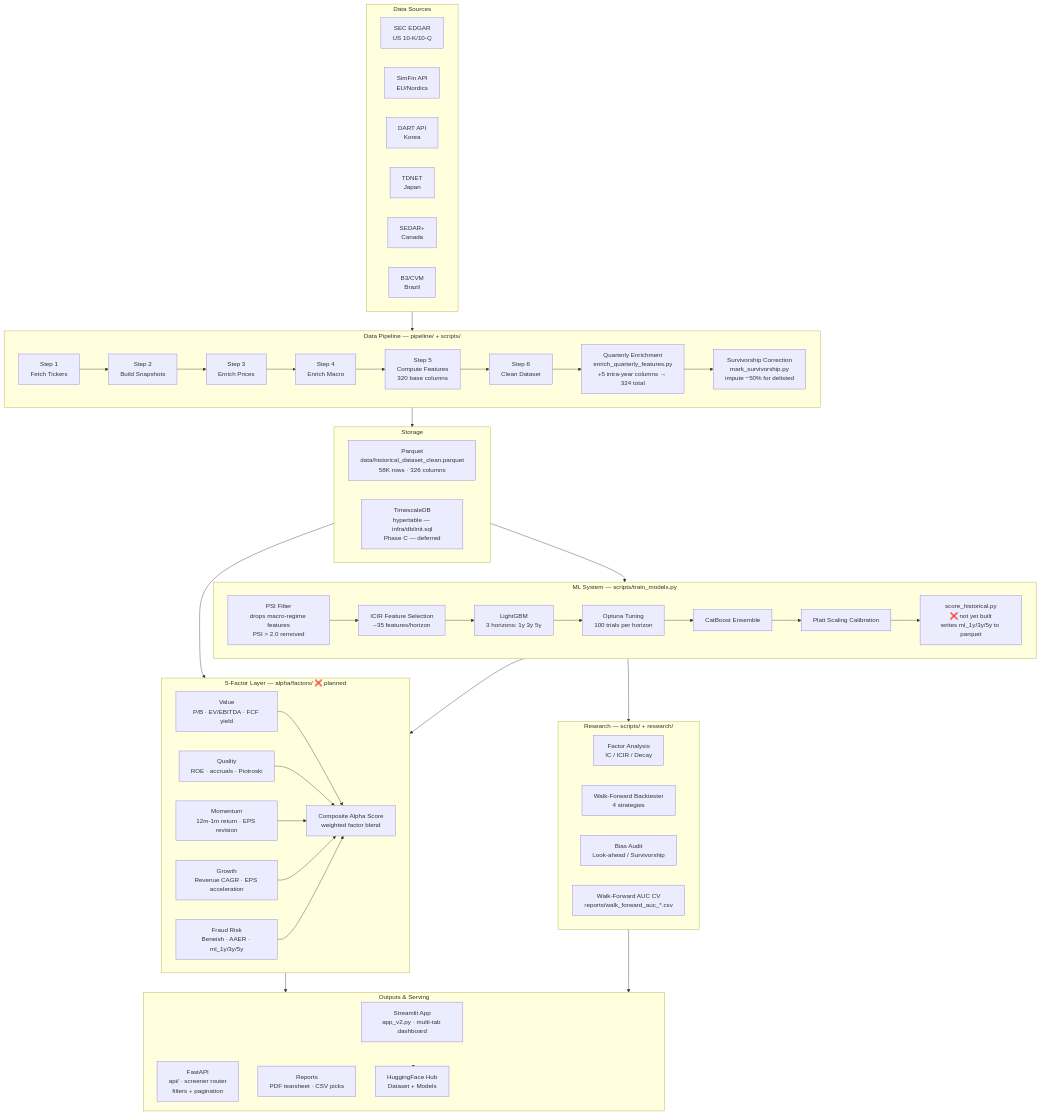
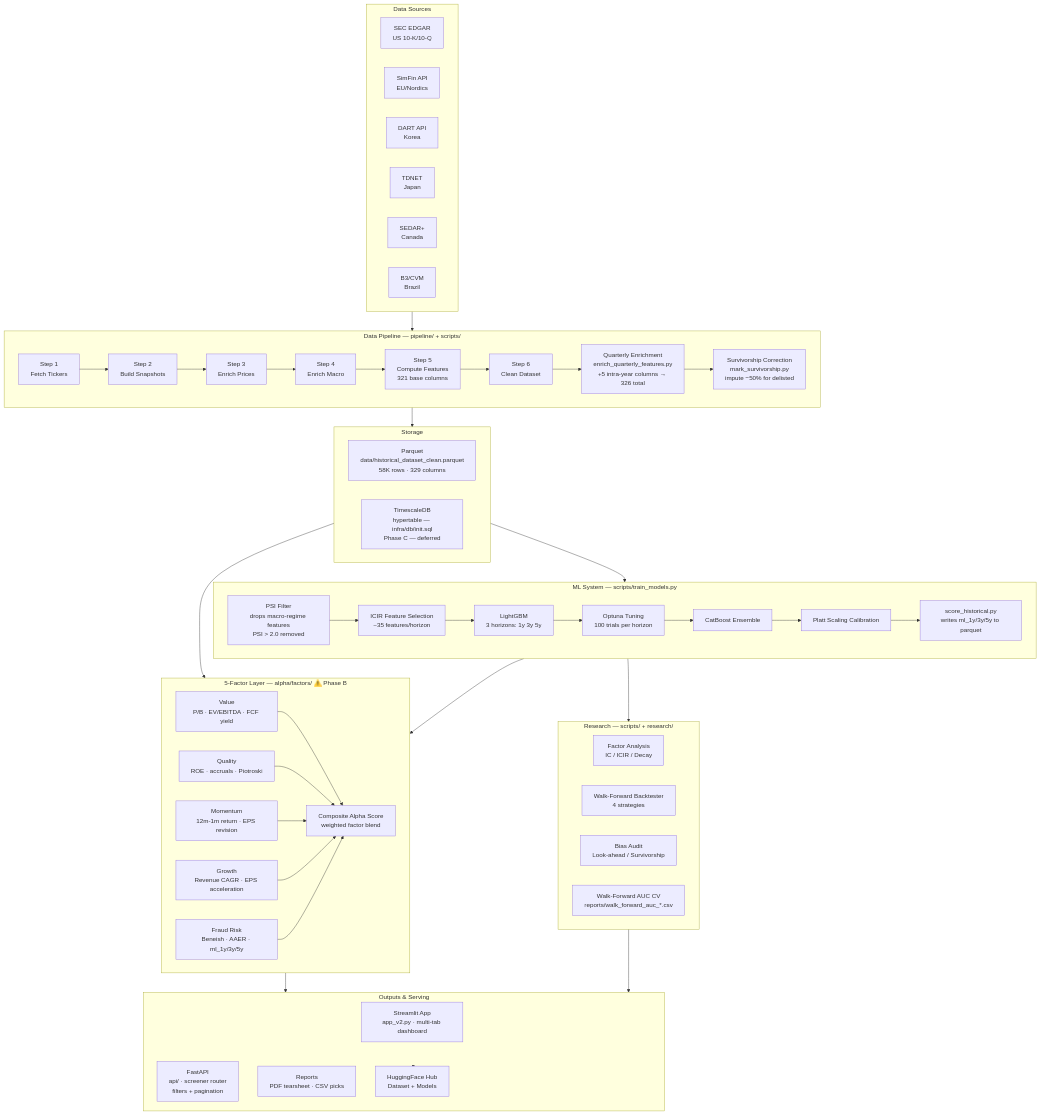
The first of 3 diagrams in docs/architecture.md (sherlock718/stock-fraud-screener), drawn with Mermaid before and after one commit. The commit also changed other lines of this file and 4 other files, not shown here.

First line of the commit message:
feat(models): build score_historical.py — write ml_1y/ml_3y/ml_5y to parquet

````diff
--- a/docs/architecture.md
+++ b/docs/architecture.md
@@ -7,73 +7,73 @@
 ```mermaid
 graph TB
     subgraph Sources["Data Sources"]
         A1[SEC EDGAR<br/>US 10-K/10-Q]
         A2[SimFin API<br/>EU/Nordics]
         A3[DART API<br/>Korea]
         A4[TDNET<br/>Japan]
         A5[SEDAR+<br/>Canada]
         A6[B3/CVM<br/>Brazil]
     end
 
     subgraph Pipeline["Data Pipeline — pipeline/ + scripts/"]
         B1[Step 1<br/>Fetch Tickers]
         B2[Step 2<br/>Build Snapshots]
         B3[Step 3<br/>Enrich Prices]
         B4[Step 4<br/>Enrich Macro]
-        B5[Step 5<br/>Compute Features<br/>320 base columns]
+        B5[Step 5<br/>Compute Features<br/>321 base columns]
         B6[Step 6<br/>Clean Dataset]
-        B7[Quarterly Enrichment<br/>enrich_quarterly_features.py<br/>+5 intra-year columns → 324 total]
+        B7[Quarterly Enrichment<br/>enrich_quarterly_features.py<br/>+5 intra-year columns → 326 total]
         B8[Survivorship Correction<br/>mark_survivorship.py<br/>impute −50% for delisted]
         B1 --> B2 --> B3 --> B4 --> B5 --> B6 --> B7 --> B8
     end
 
-    subgraph Factors["5-Factor Layer — alpha/factors/ ❌ planned"]
+    subgraph Factors["5-Factor Layer — alpha/factors/ ⚠️ Phase B"]
         F1[Value<br/>P/B · EV/EBITDA · FCF yield]
         F2[Quality<br/>ROE · accruals · Piotroski]
         F3[Momentum<br/>12m-1m return · EPS revision]
         F4[Growth<br/>Revenue CAGR · EPS acceleration]
         F5[Fraud Risk<br/>Beneish · AAER · ml_1y/3y/5y]
         FA[Composite Alpha Score<br/>weighted factor blend]
         F1 & F2 & F3 & F4 & F5 --> FA
     end
 
     subgraph ML["ML System — scripts/train_models.py"]
         C0[PSI Filter<br/>drops macro-regime features<br/>PSI > 2.0 removed]
         C1[ICIR Feature Selection<br/>~35 features/horizon]
         C2[LightGBM<br/>3 horizons: 1y 3y 5y]
         C3[Optuna Tuning<br/>100 trials per horizon]
         C4[CatBoost Ensemble]
         C5[Platt Scaling Calibration]
-        C6[score_historical.py<br/>❌ not yet built<br/>writes ml_1y/3y/5y to parquet]
+        C6[score_historical.py<br/>writes ml_1y/3y/5y to parquet]
         C0 --> C1 --> C2 --> C3 --> C4 --> C5 --> C6
     end
 
     subgraph Research["Research — scripts/ + research/"]
         D1[Factor Analysis<br/>IC / ICIR / Decay]
         D2[Walk-Forward Backtester<br/>4 strategies]
         D3[Bias Audit<br/>Look-ahead / Survivorship]
         D4[Walk-Forward AUC CV<br/>reports/walk_forward_auc_*.csv]
     end
 
     subgraph Storage["Storage"]
-        S1[Parquet<br/>data/historical_dataset_clean.parquet<br/>58K rows · 326 columns]
+        S1[Parquet<br/>data/historical_dataset_clean.parquet<br/>58K rows · 329 columns]
         S2[TimescaleDB<br/>hypertable — infra/db/init.sql<br/>Phase C — deferred]
     end
 
     subgraph Outputs["Outputs & Serving"]
         E1[Streamlit App<br/>app_v2.py · multi-tab dashboard]
         E2[FastAPI<br/>api/ · screener router<br/>filters + pagination]
         E3[Reports<br/>PDF tearsheet · CSV picks]
         E4[HuggingFace Hub<br/>Dataset + Models]
     end
 
     Sources --> Pipeline
     Pipeline --> Storage
     Storage --> ML
     Storage --> Factors
     ML --> Factors
     ML --> Research
     Factors --> Outputs
     Research --> Outputs
     Outputs --> E4
 ```
````
